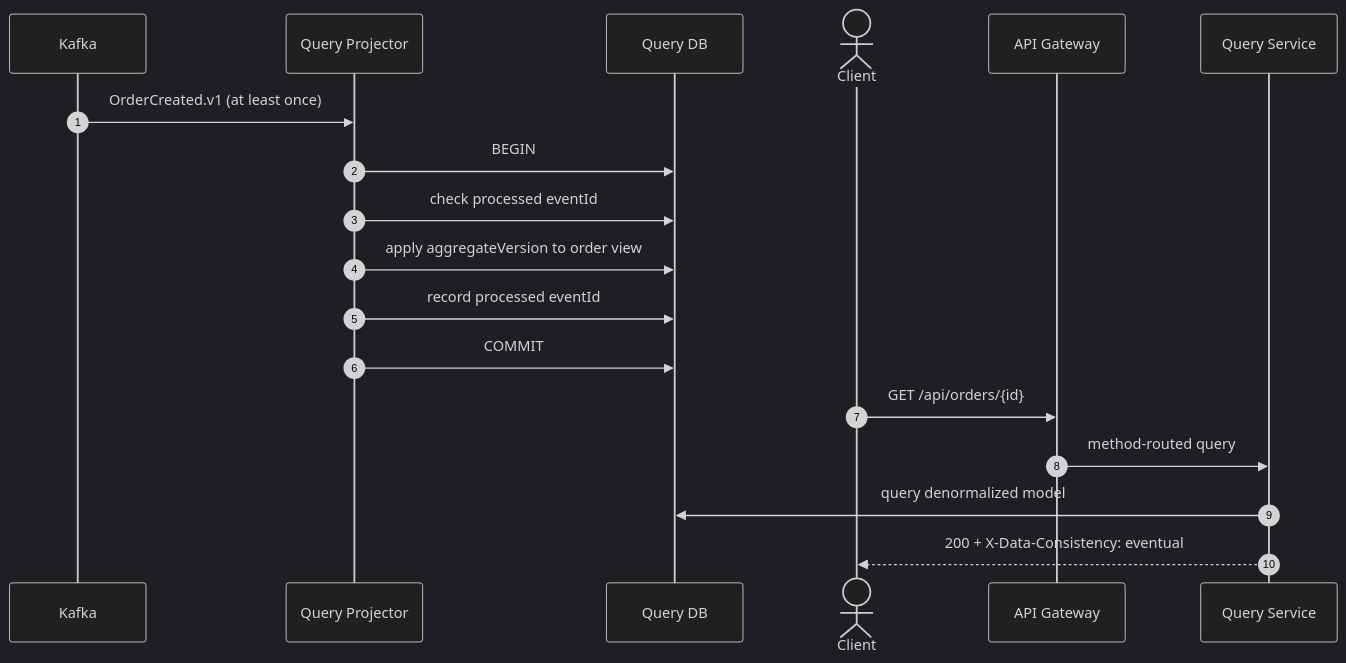
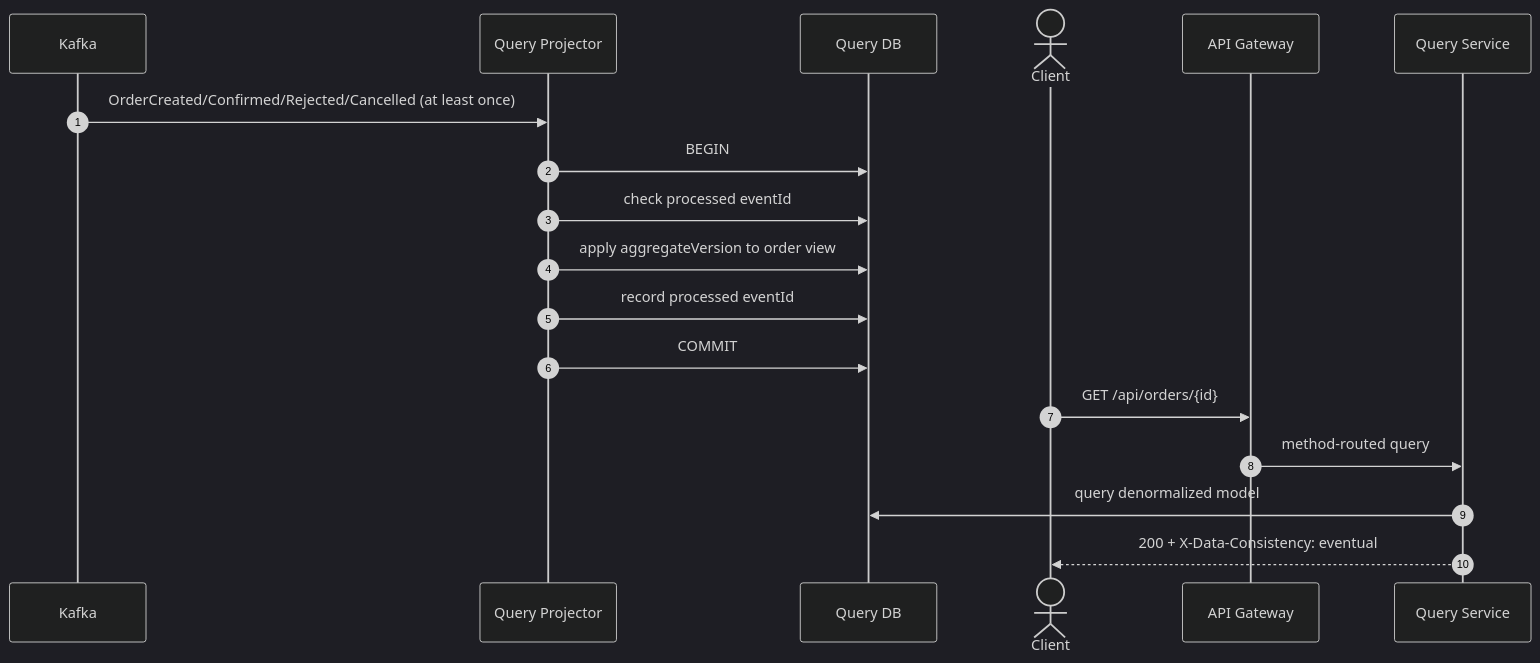
One commit to karacsonybarni/event-sourced-cqrs-microservices changed the third of 3 diagrams in docs/architecture.md. Above: the diagram before and after it, drawn with Mermaid (dark theme). The commit also changed other lines of this file and 78 other files, not shown here.

````diff
--- a/docs/architecture.md
+++ b/docs/architecture.md
@@ -61,21 +103,21 @@
 ```mermaid
 sequenceDiagram
     autonumber
     participant K as Kafka
     participant P as Query Projector
     participant QD as Query DB
     actor Client
     participant G as API Gateway
     participant Q as Query Service
 
-    K->>P: OrderCreated.v1 (at least once)
+    K->>P: OrderCreated/Confirmed/Rejected/Cancelled (at least once)
     P->>QD: BEGIN
     P->>QD: check processed eventId
     P->>QD: apply aggregateVersion to order view
     P->>QD: record processed eventId
     P->>QD: COMMIT
     Client->>G: GET /api/orders/{id}
     G->>Q: method-routed query
     Q->>QD: query denormalized model
     Q-->>Client: 200 + X-Data-Consistency: eventual
 ```
````
